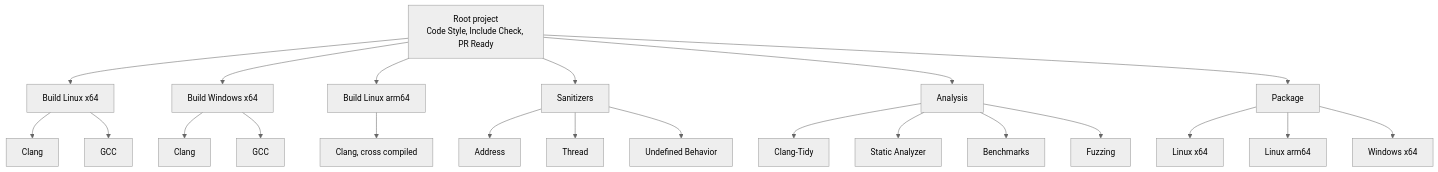
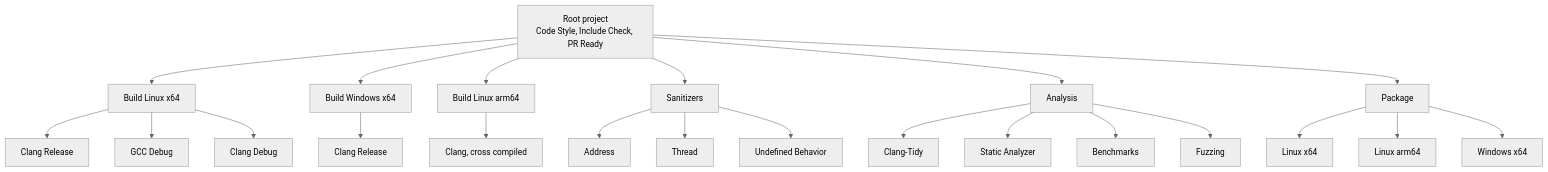
The first of 3 diagrams in doc/pages/continuous_integration.md (Silmaen/Owl), drawn with Mermaid (neutral theme) before and after one commit. The commit also changed other lines of this file and 35 other files, not shown here.

````diff
--- a/doc/pages/continuous_integration.md
+++ b/doc/pages/continuous_integration.md
@@ -35,24 +35,24 @@
 ```mermaid
 flowchart TD
     Root["Root project<br/>Code Style, Include Check, PR Ready"] --> Lx[Build Linux x64]
     Root --> Wx[Build Windows x64]
     Root --> La[Build Linux arm64]
     Root --> San[Sanitizers]
     Root --> An[Analysis]
     Root --> Pkg[Package]
-    Lx --> LxC[Clang]
-    Lx --> LxG[GCC]
-    Wx --> WxC[Clang]
-    Wx --> WxG[GCC]
+    Lx --> LxR[Clang Release]
+    Lx --> LxG[GCC Debug]
+    Lx --> LxC[Clang Debug]
+    Wx --> WxC[Clang Release]
     La --> LaC[Clang, cross compiled]
     San --> SA[Address]
     San --> ST[Thread]
     San --> SU[Undefined Behavior]
     An --> CT[Clang-Tidy]
     An --> AN[Static Analyzer]
     An --> BE[Benchmarks]
     An --> FZ[Fuzzing]
     Pkg --> PL[Linux x64]
     Pkg --> PA[Linux arm64]
     Pkg --> PW[Windows x64]
 ```
````
